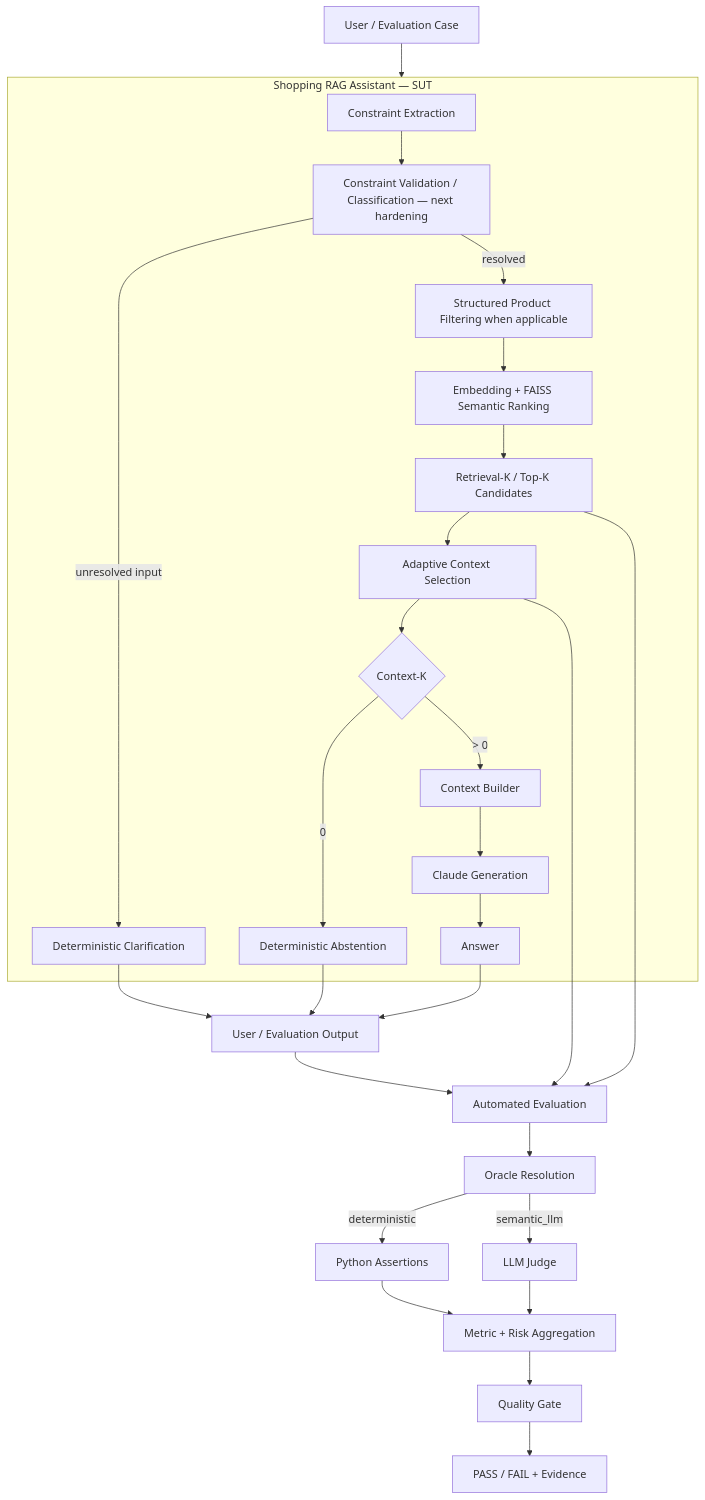
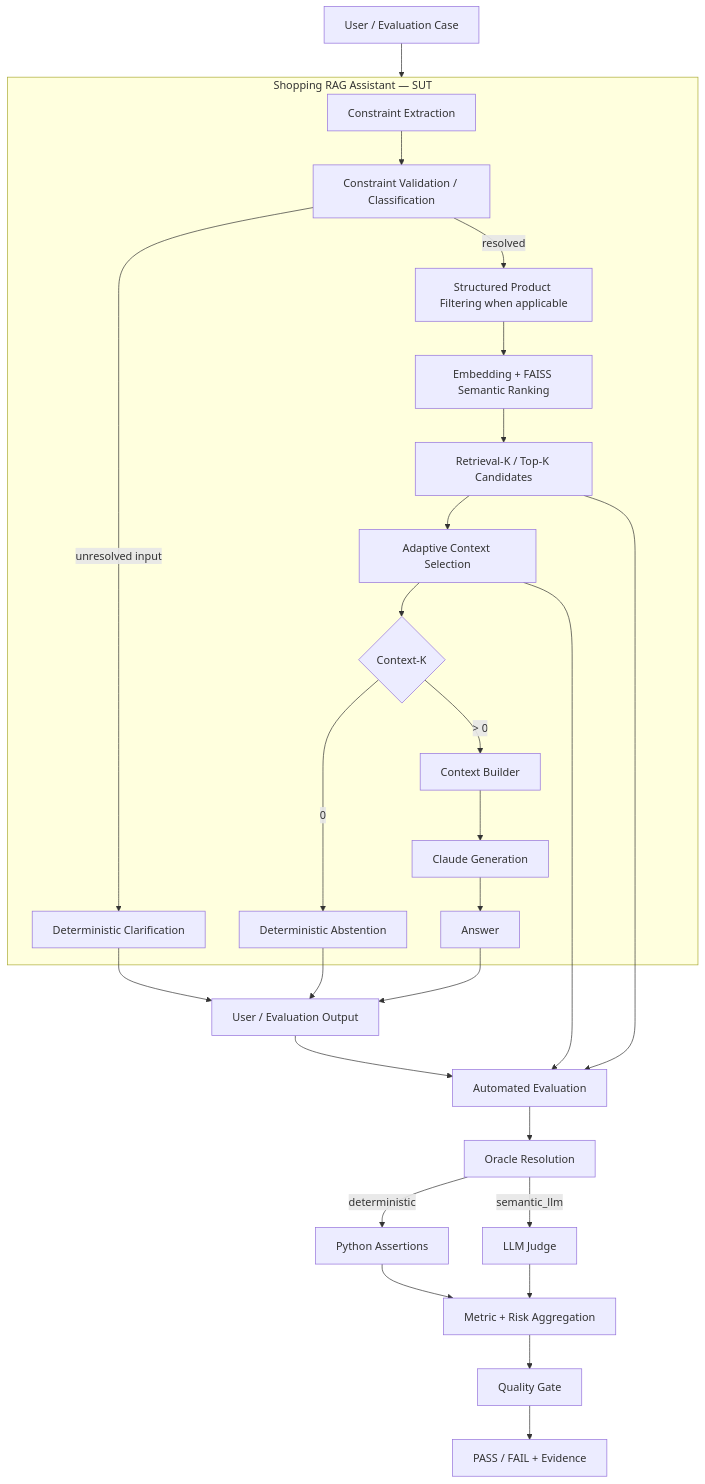
The first of 8 diagrams in docs/architecture.md (oleksandrserhieiev-beep/ai-qe-lab), drawn with Mermaid before and after one commit. The commit also changed other lines of this file, not shown here.

Commit message:
Align architecture with current implementation

````diff
--- a/docs/architecture.md
+++ b/docs/architecture.md
@@ -13,33 +13,33 @@
 ```mermaid
 flowchart TD
     U[User / Evaluation Case] --> SUT
 
     subgraph SUT[Shopping RAG Assistant — SUT]
-      CE[Constraint Extraction] --> CV[Constraint Validation / Classification — next hardening]
+      CE[Constraint Extraction] --> CV[Constraint Validation / Classification]
       CV -->|unresolved input| CL[Deterministic Clarification]
       CV -->|resolved| SF[Structured Product Filtering when applicable]
       SF --> SR[Embedding + FAISS Semantic Ranking]
       SR --> RK[Retrieval-K / Top-K Candidates]
       RK --> AS[Adaptive Context Selection]
       AS --> CK{Context-K}
       CK -->|0| AB[Deterministic Abstention]
       CK -->|> 0| CB[Context Builder]
       CB --> LLM[Claude Generation]
       LLM --> ANS[Answer]
     end
 
     CL --> OUT[User / Evaluation Output]
     AB --> OUT
     ANS --> OUT
 
     OUT --> EV[Automated Evaluation]
     RK --> EV
     AS --> EV
     EV --> OR[Oracle Resolution]
     OR -->|deterministic| PY[Python Assertions]
     OR -->|semantic_llm| J[LLM Judge]
     PY --> AG[Metric + Risk Aggregation]
     J --> AG
     AG --> G[Quality Gate]
     G --> CI[PASS / FAIL + Evidence]
 ```
````
